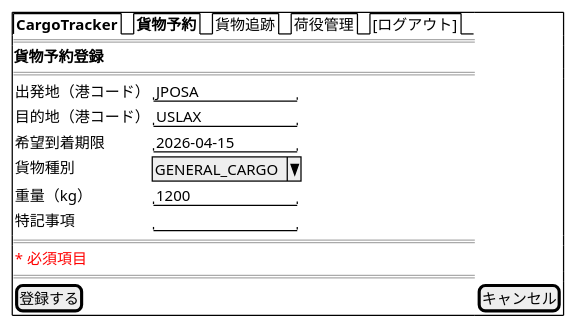
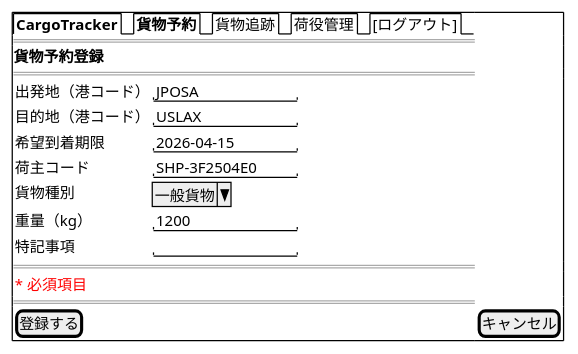
Before and after one commit to k2works/case-study-cargo-tracker: the ninth of 21 diagrams in docs/design/ui_design.md, drawn with PlantUML. The commit also changed other lines of this file and 17 other files, not shown here.

````diff
--- a/docs/design/ui_design.md
+++ b/docs/design/ui_design.md
@@ -601,24 +601,25 @@
 ```plantuml
 @startsalt
 {+
   {/ <b>CargoTracker</b> | <b>貨物予約</b> | 貨物追跡 | 荷役管理 | [ログアウト] }
   ==
   <b>貨物予約登録</b>
   ==
   {
     出発地（港コード）  | "JPOSA         "
     目的地（港コード）  | "USLAX         "
     希望到着期限        | "2026-04-15    "
-    貨物種別            | ^GENERAL_CARGO^
+    荷主コード          | "SHP-3F2504E0  "
+    貨物種別            | ^一般貨物^
     重量（kg）          | "1200          "
     特記事項            | "              "
   }
   ==
   {
     <color:red>* 必須項目</color>
   }
   ==
   [登録する] | [キャンセル]
 }
 @endsalt
 ```
````
